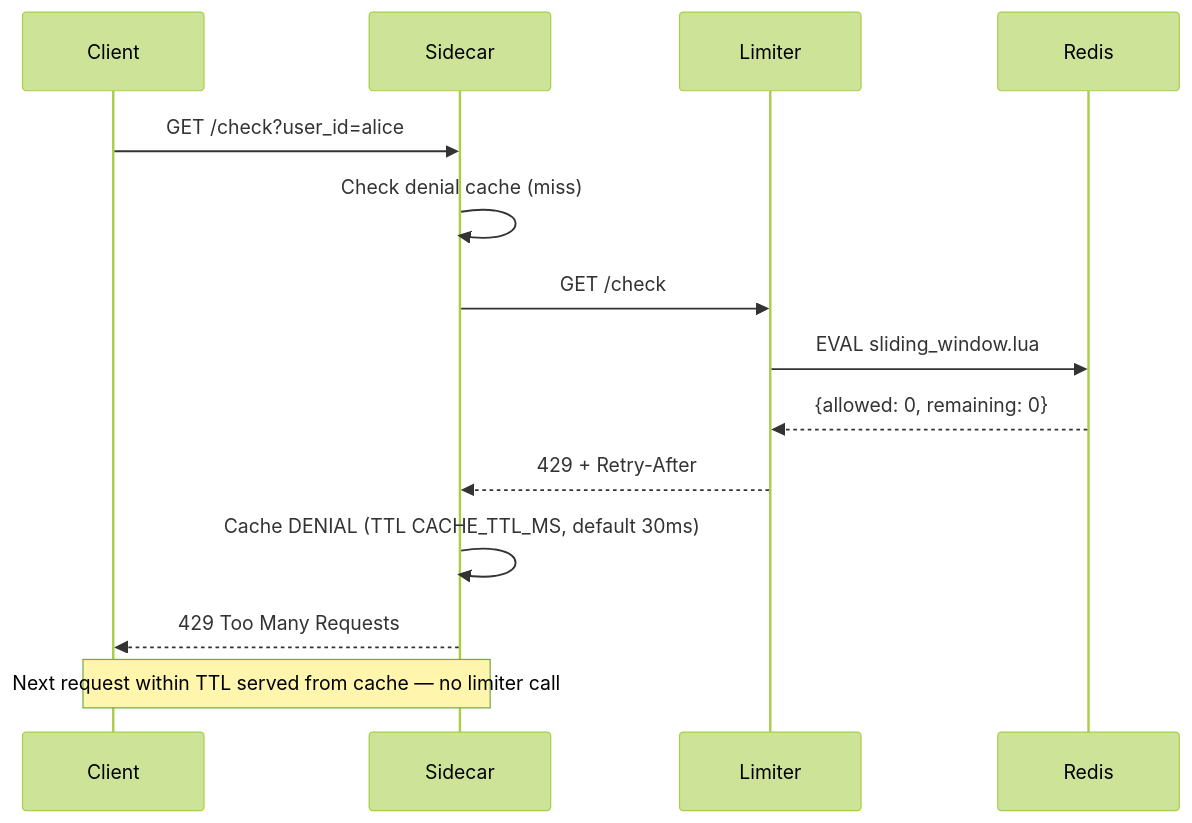
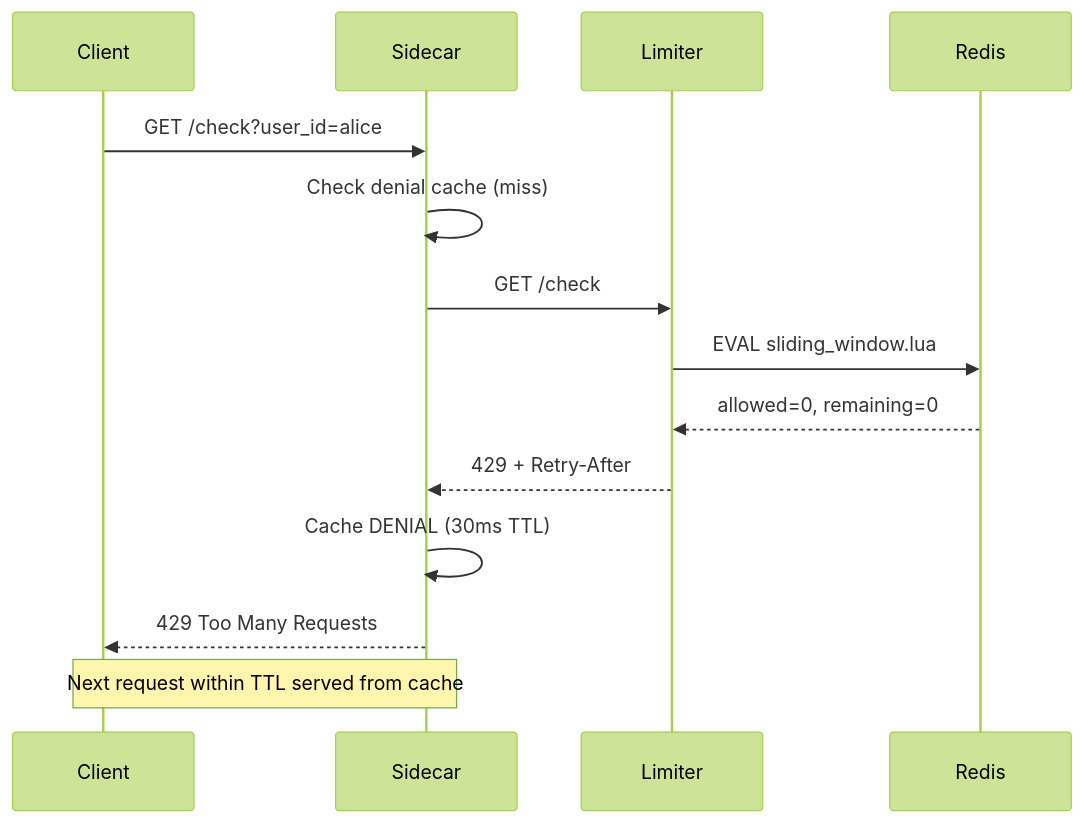
Before and after one commit to RUDRA-PRATAP-SINGH01/Distributed-rate-limiter: the fourth of 21 diagrams in README.md, drawn with Mermaid (forest theme). The commit also changed other lines of this file and 1 other file, not shown here.

Commit message:
docs: fix Mermaid syntax for GitHub Markdown rendering in README and architecture docs

````diff
--- a/README.md
+++ b/README.md
@@ -260,18 +260,18 @@
 ```mermaid
 sequenceDiagram
     participant C as Client
     participant S as Sidecar
     participant L as Limiter
     participant R as Redis
 
     C->>S: GET /check?user_id=alice
     S->>S: Check denial cache (miss)
     S->>L: GET /check
     L->>R: EVAL sliding_window.lua
-    R-->>L: {allowed: 0, remaining: 0}
+    R-->>L: allowed=0, remaining=0
     L-->>S: 429 + Retry-After
-    S->>S: Cache DENIAL (TTL CACHE_TTL_MS, default 30ms)
+    S->>S: Cache DENIAL (30ms TTL)
     S-->>C: 429 Too Many Requests
 
-    Note over C,S: Next request within TTL served from cache — no limiter call
+    Note over C,S: Next request within TTL served from cache
 ```
````
